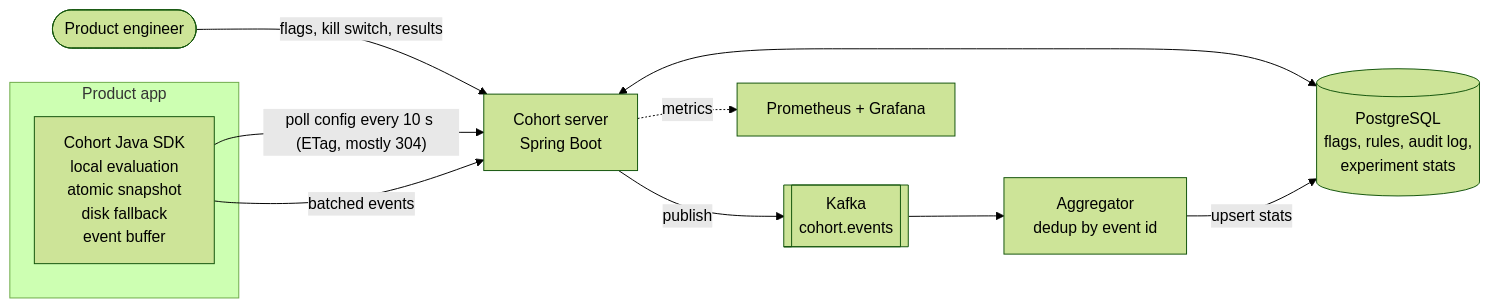
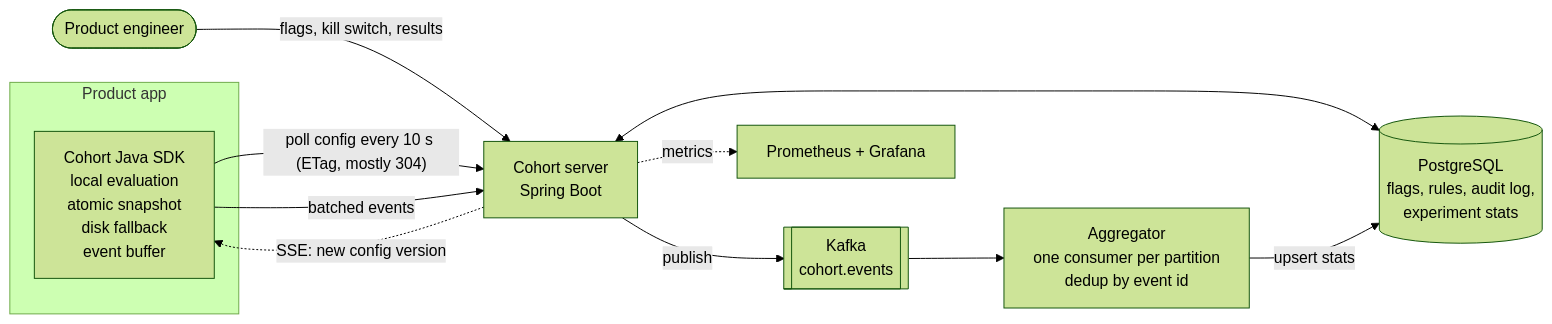
The diagram in README.md (reema-s1/cohort), drawn with Mermaid (forest theme) before and after one commit. The commit also changed other lines of this file, not shown here.

````diff
--- a/README.md
+++ b/README.md
@@ -10,14 +10,15 @@
 ```mermaid
 flowchart LR
     subgraph app[Product app]
         sdk[Cohort Java SDK<br/>local evaluation<br/>atomic snapshot<br/>disk fallback<br/>event buffer]
     end
     eng([Product engineer]) -- flags, kill switch, results --> server
     sdk -- "poll config every 10 s (ETag, mostly 304)" --> server[Cohort server<br/>Spring Boot]
+    server -. "SSE: new config version" .-> sdk
     sdk -- batched events --> server
     server <--> pg[(PostgreSQL<br/>flags, rules, audit log,<br/>experiment stats)]
     server -- publish --> kafka[[Kafka<br/>cohort.events]]
-    kafka --> agg[Aggregator<br/>dedup by event id]
+    kafka --> agg[Aggregator<br/>one consumer per partition<br/>dedup by event id]
     agg -- upsert stats --> pg
     server -. metrics .-> prom[Prometheus + Grafana]
 ```
````
